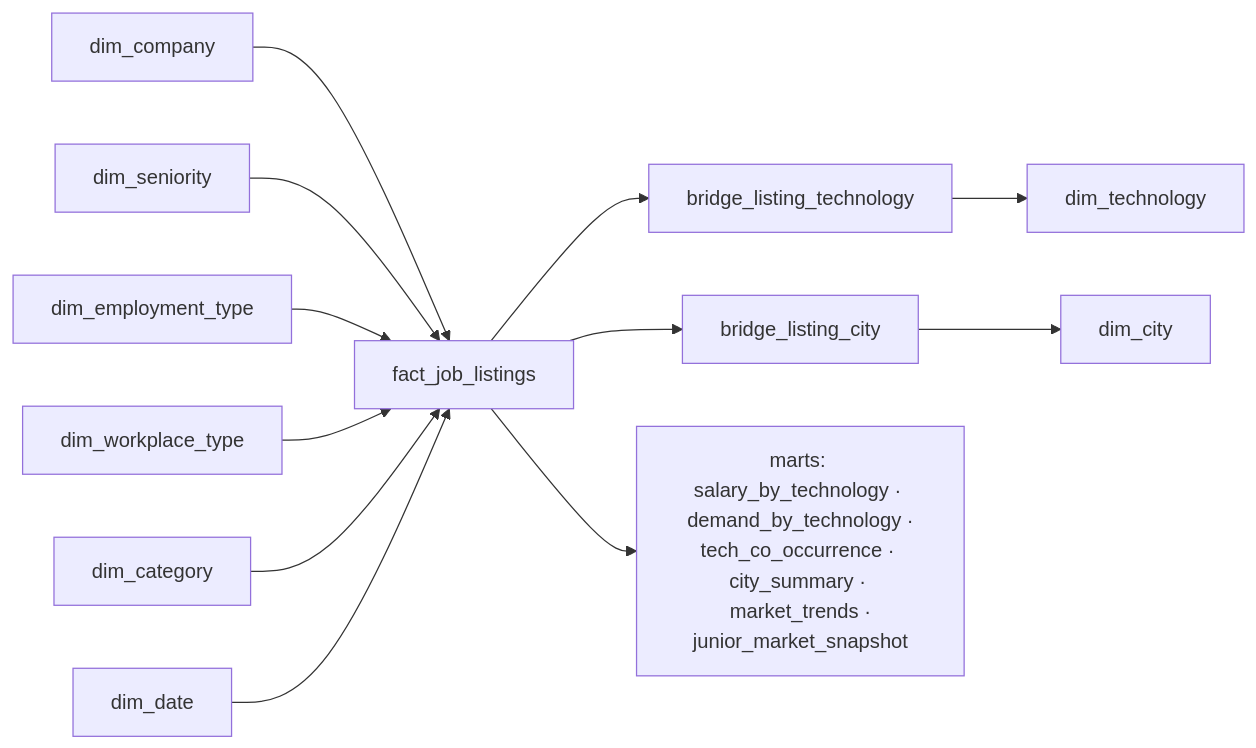
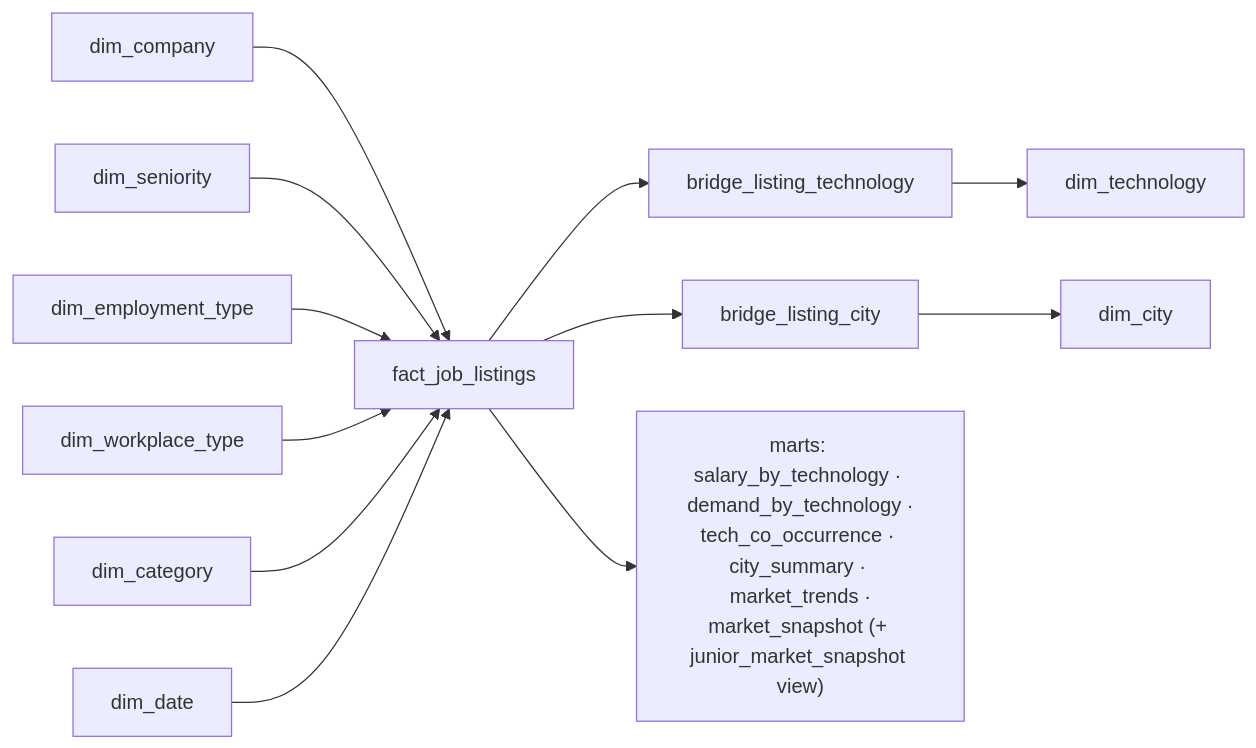
The second of 2 diagrams in README.md (kromylodd/Polish-It-Job-Market-Intelligence), drawn with Mermaid before and after one commit. The commit also changed other lines of this file and 8 other files, not shown here.

First line of the commit message:
feat(marts): all-seniorities mart_market_snapshot so alerts cover senior/mid

````diff
--- a/README.md
+++ b/README.md
@@ -150,14 +150,14 @@
 ```mermaid
 graph LR
     dim_company --> fact_job_listings
     dim_seniority --> fact_job_listings
     dim_employment_type --> fact_job_listings
     dim_workplace_type --> fact_job_listings
     dim_category --> fact_job_listings
     dim_date --> fact_job_listings
     fact_job_listings --> bridge_listing_technology
     fact_job_listings --> bridge_listing_city
     bridge_listing_technology --> dim_technology
     bridge_listing_city --> dim_city
-    fact_job_listings --> marts["marts: salary_by_technology · demand_by_technology ·<br/>tech_co_occurrence · city_summary · market_trends ·<br/>junior_market_snapshot"]
+    fact_job_listings --> marts["marts: salary_by_technology · demand_by_technology ·<br/>tech_co_occurrence · city_summary · market_trends ·<br/>market_snapshot (+ junior_market_snapshot view)"]
 ```
````
